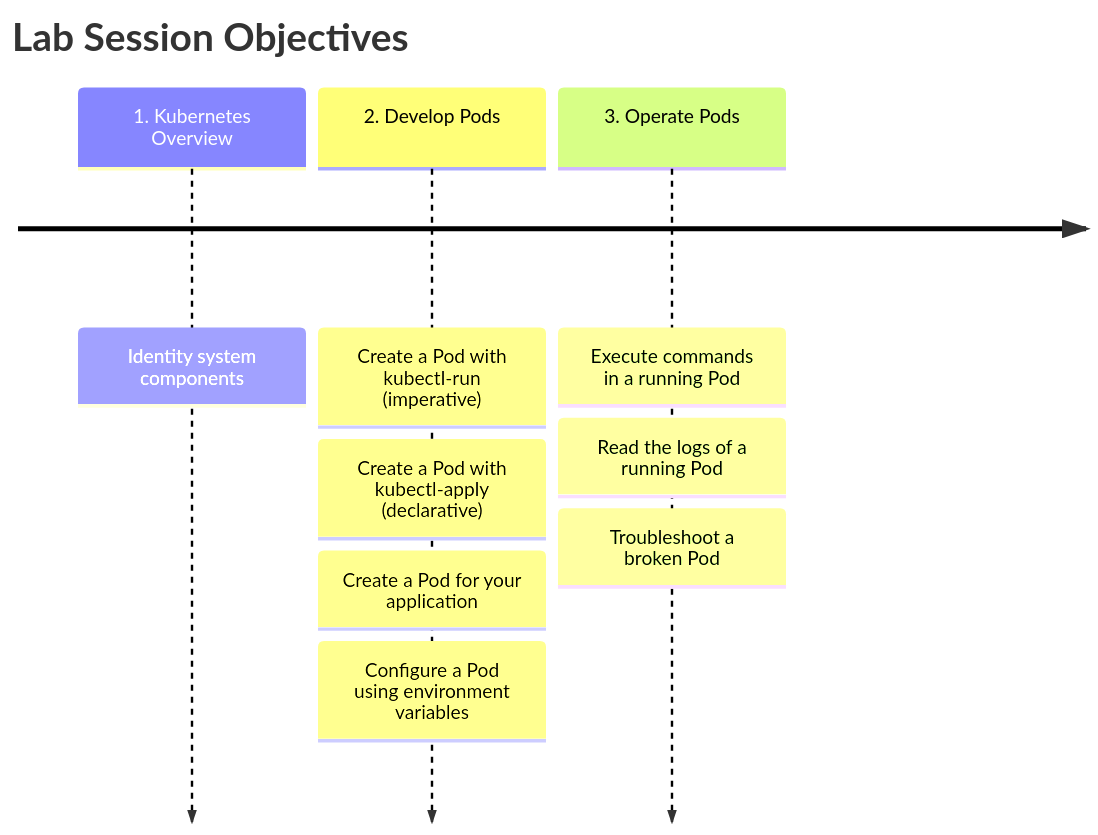
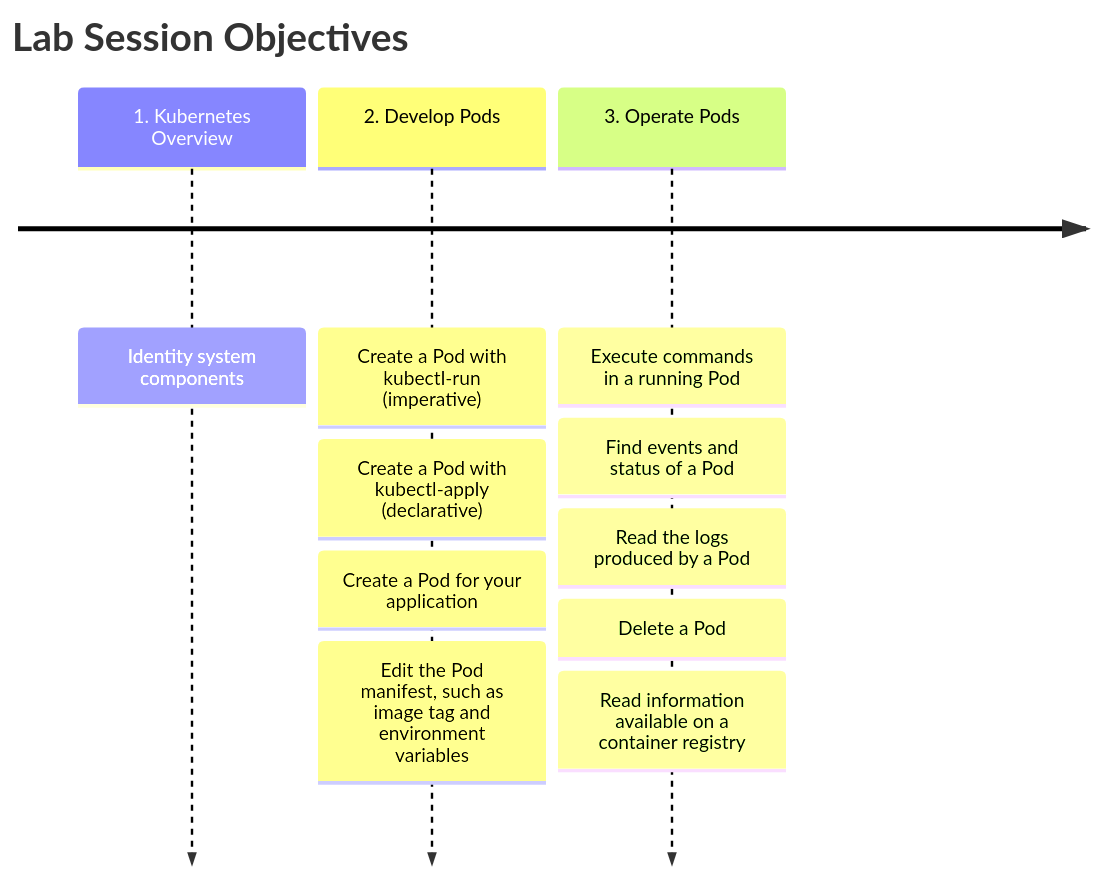
One commit to mincong-classroom/containers changed the diagram in docs/lab-2.md. Above: the diagram before and after it, drawn with Mermaid. The commit also changed other lines of this file and 1 other file, not shown here.

Commit message:
[L2] update Pod troubleshooting (#5)

````diff
--- a/docs/lab-2.md
+++ b/docs/lab-2.md
@@ -11,15 +11,17 @@
 ``` mermaid
 timeline
     title Lab Session Objectives
     1. Kubernetes Overview
         : Identity system components
     2. Develop Pods
         : Create a Pod with kubectl-run (imperative)
         : Create a Pod with kubectl-apply (declarative)
         : Create a Pod for your application
-        : Configure a Pod using environment variables
+        : Edit the Pod manifest, such as image tag and environment variables
     3. Operate Pods
         : Execute commands in a running Pod
-        : Read the logs of a running Pod
-        : Troubleshoot a broken Pod
+        : Find events and status of a Pod
+        : Read the logs produced by a Pod
+        : Delete a Pod
+        : Read information available on a container registry
 ```
````
